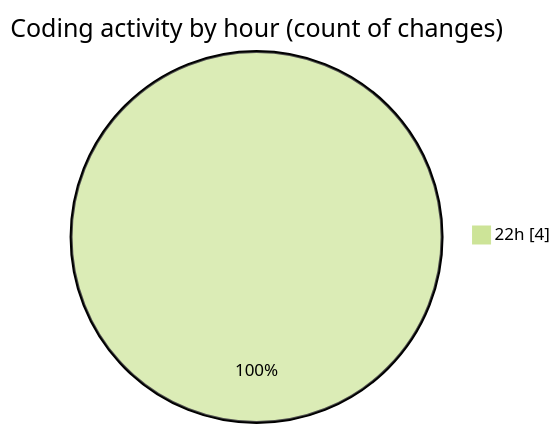
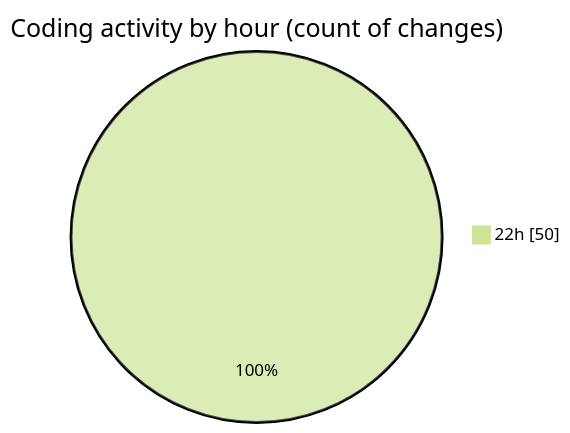
One commit to Ritupan-Deka/code-tracking changed the second of 2 diagrams in 2025-07-28/javascript/README.md. Above: the diagram before and after it, drawn with Mermaid (forest theme). The commit also changed other lines of this file and 1 other file, not shown here.

````diff
--- a/2025-07-28/javascript/README.md
+++ b/2025-07-28/javascript/README.md
@@ -28,5 +28,5 @@
 ```mermaid
 pie showData
 title Coding activity by hour (count of changes)
-"22h" : 4
+"22h" : 50
 ```
````
